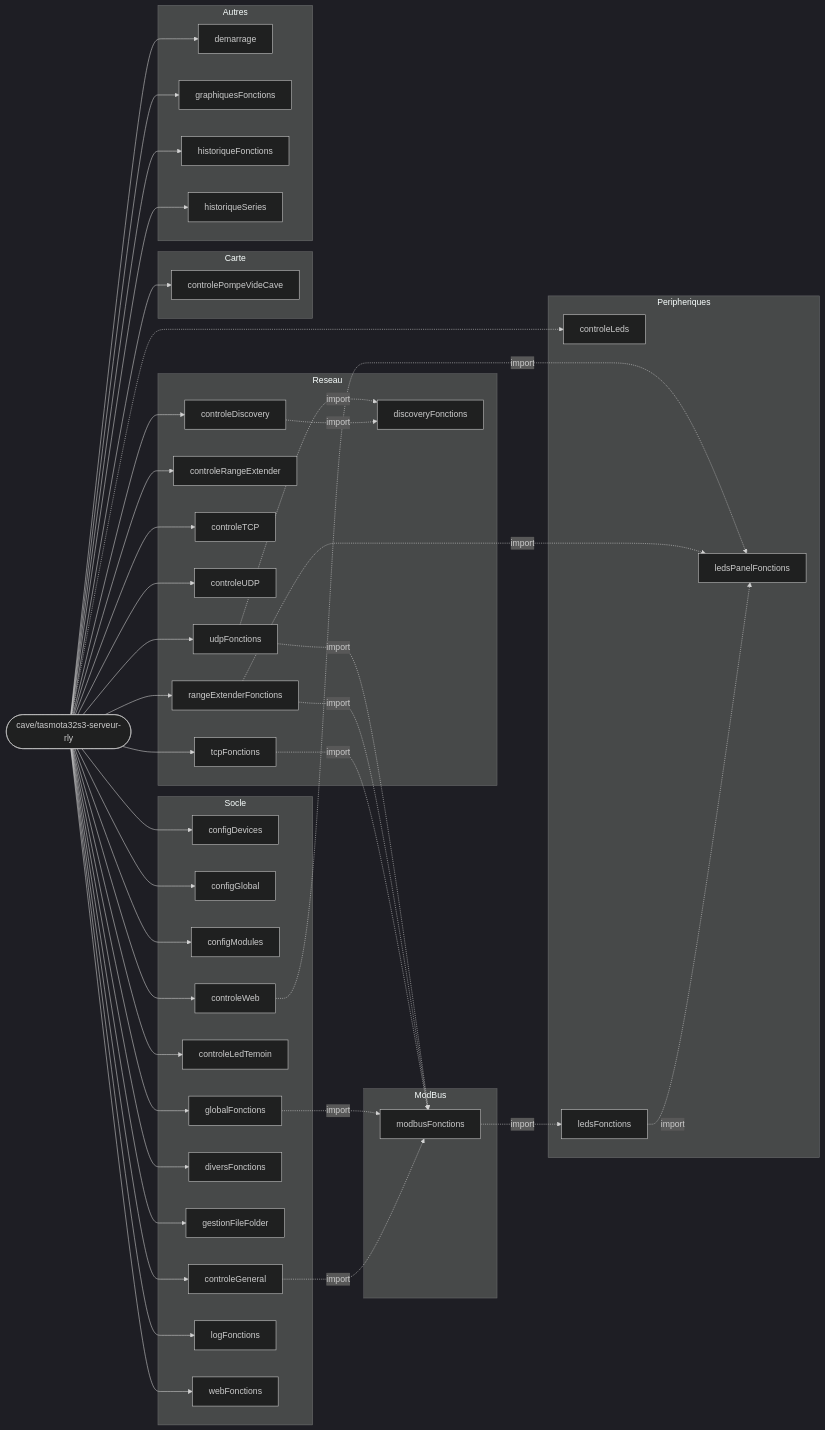
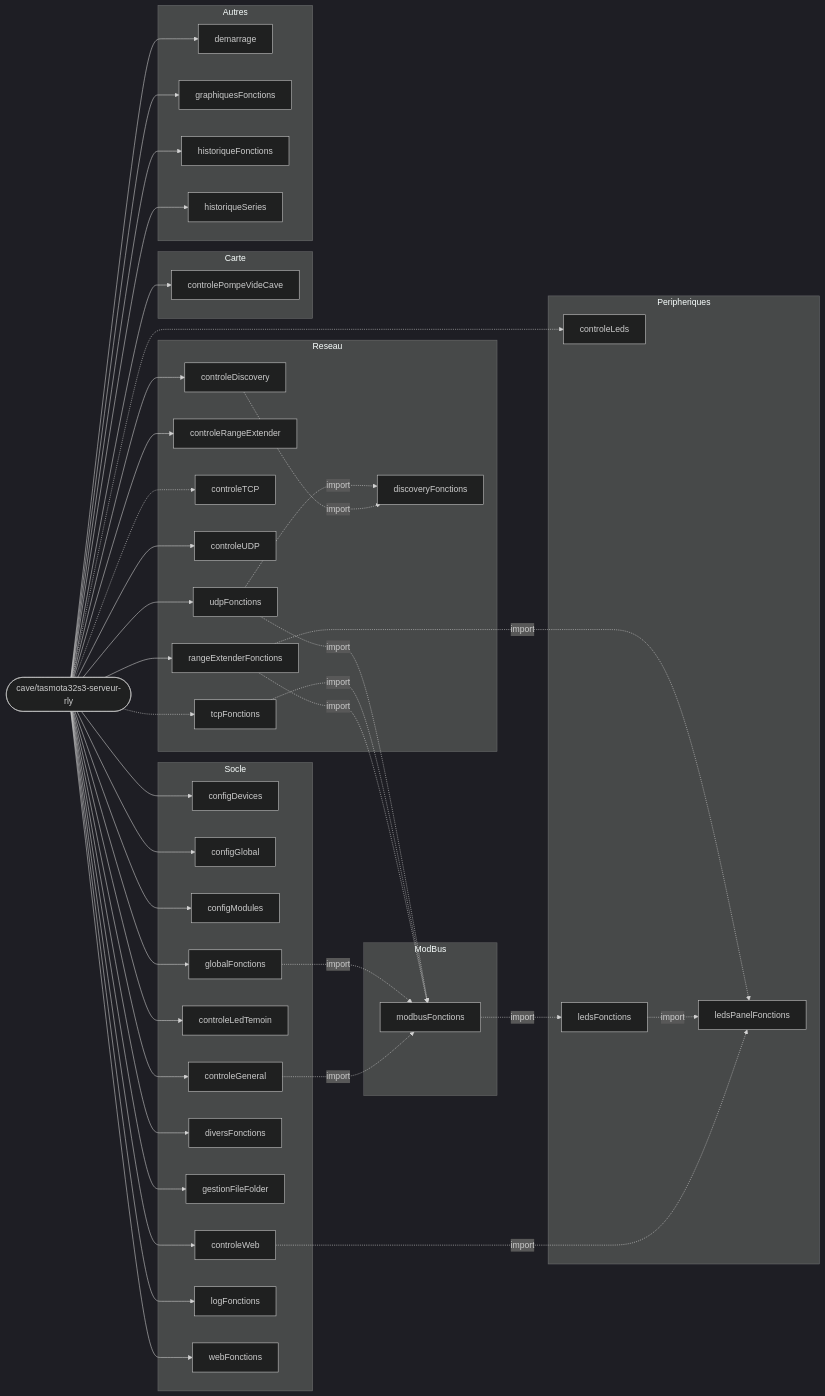
The third of 8 diagrams in outils_docs/CARTE_MODULES_BERRY.md (fdaubercy/Tasmota), drawn with Mermaid (dark theme) before and after one commit. The commit also changed other lines of this file and 11 other files, not shown here.

First line of the commit message:
docs: renvois au code par fonction, controle automatique, carte des modules deterministe (audit P10.7, P3.6)

````diff
--- a/outils_docs/CARTE_MODULES_BERRY.md
+++ b/outils_docs/CARTE_MODULES_BERRY.md
@@ -248,79 +250,79 @@
 ```mermaid
 flowchart LR
     CARTE(["cave/tasmota32s3-serveur-rly"])
     subgraph g_Socle["Socle"]
         m_configDevices["configDevices"]
         m_configGlobal["configGlobal"]
         m_configModules["configModules"]
         m_controleGeneral["controleGeneral"]
         m_controleLedTemoin["controleLedTemoin"]
         m_controleWeb["controleWeb"]
         m_diversFonctions["diversFonctions"]
         m_gestionFileFolder["gestionFileFolder"]
         m_globalFonctions["globalFonctions"]
         m_logFonctions["logFonctions"]
         m_webFonctions["webFonctions"]
     end
     subgraph g_Reseau["Reseau"]
         m_controleDiscovery["controleDiscovery"]
         m_controleRangeExtender["controleRangeExtender"]
         m_controleTCP["controleTCP"]
         m_controleUDP["controleUDP"]
         m_discoveryFonctions["discoveryFonctions"]
         m_rangeExtenderFonctions["rangeExtenderFonctions"]
         m_tcpFonctions["tcpFonctions"]
         m_udpFonctions["udpFonctions"]
     end
     subgraph g_ModBus["ModBus"]
         m_modbusFonctions["modbusFonctions"]
     end
     subgraph g_Peripheriques["Peripheriques"]
         m_controleLeds["controleLeds"]
         m_ledsFonctions["ledsFonctions"]
         m_ledsPanelFonctions["ledsPanelFonctions"]
     end
     subgraph g_Carte["Carte"]
         m_controlePompeVideCave["controlePompeVideCave"]
     end
     subgraph g_Autres["Autres"]
         m_demarrage["demarrage"]
         m_graphiquesFonctions["graphiquesFonctions"]
         m_historiqueFonctions["historiqueFonctions"]
         m_historiqueSeries["historiqueSeries"]
     end
     CARTE --> m_configDevices
     CARTE --> m_configGlobal
     CARTE --> m_configModules
     CARTE --> m_controleGeneral
     CARTE --> m_controleLedTemoin
     CARTE --> m_controleWeb
     CARTE --> m_diversFonctions
     CARTE --> m_gestionFileFolder
     CARTE --> m_globalFonctions
     CARTE --> m_logFonctions
     CARTE --> m_webFonctions
     CARTE --> m_controleDiscovery
     CARTE --> m_controleRangeExtender
-    CARTE --> m_controleTCP
+    CARTE -.-> m_controleTCP
     CARTE --> m_controleUDP
+    m_controleDiscovery -.->|import| m_discoveryFonctions
     m_udpFonctions -.->|import| m_discoveryFonctions
-    m_controleDiscovery -.->|import| m_discoveryFonctions
     CARTE --> m_rangeExtenderFonctions
-    CARTE --> m_tcpFonctions
+    CARTE -.-> m_tcpFonctions
     CARTE --> m_udpFonctions
+    m_controleGeneral -.->|import| m_modbusFonctions
+    m_globalFonctions -.->|import| m_modbusFonctions
+    m_rangeExtenderFonctions -.->|import| m_modbusFonctions
+    m_tcpFonctions -.->|import| m_modbusFonctions
     m_udpFonctions -.->|import| m_modbusFonctions
-    m_rangeExtenderFonctions -.->|import| m_modbusFonctions
-    m_globalFonctions -.->|import| m_modbusFonctions
-    m_controleGeneral -.->|import| m_modbusFonctions
-    m_tcpFonctions -.->|import| m_modbusFonctions
     CARTE -.-> m_controleLeds
     m_modbusFonctions -.->|import| m_ledsFonctions
     m_controleWeb -.->|import| m_ledsPanelFonctions
+    m_ledsFonctions -.->|import| m_ledsPanelFonctions
     m_rangeExtenderFonctions -.->|import| m_ledsPanelFonctions
-    m_ledsFonctions -.->|import| m_ledsPanelFonctions
     CARTE --> m_controlePompeVideCave
     CARTE --> m_demarrage
     CARTE --> m_graphiquesFonctions
     CARTE --> m_historiqueFonctions
     CARTE --> m_historiqueSeries
 ```
````
